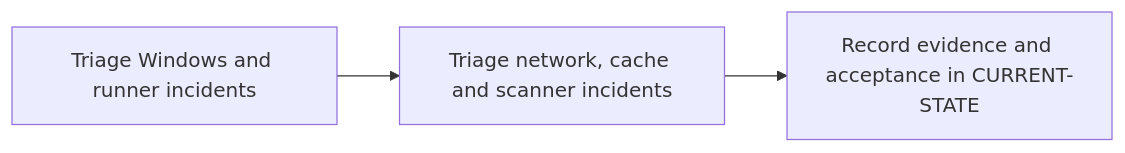
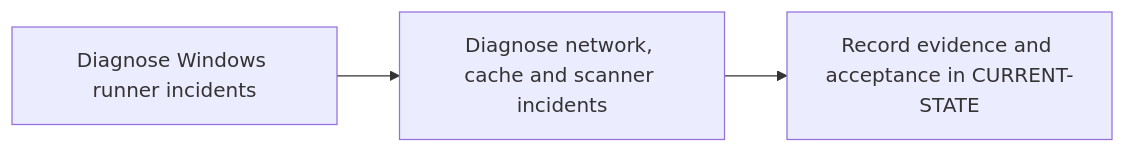
One commit to cdcdd15/git-runners-rust changed the diagram in docs/roadmap/P12.md. Above: the diagram before and after it, drawn with Mermaid. The commit also changed other lines of this file and 22 other files, not shown here.

Commit message:
docs: complete P0 and adopt a knowledge-first roadmap

````diff
--- a/docs/roadmap/P12.md
+++ b/docs/roadmap/P12.md
@@ -9,5 +9,5 @@
 ```mermaid
 flowchart LR
-    Input["Triage Windows and runner incidents"] --> Validation["Triage network, cache and scanner incidents"]
+    Input["Diagnose Windows runner incidents"] --> Validation["Diagnose network, cache and scanner incidents"]
     Validation --> Evidence["Record evidence and acceptance in CURRENT-STATE"]
 ```
````
